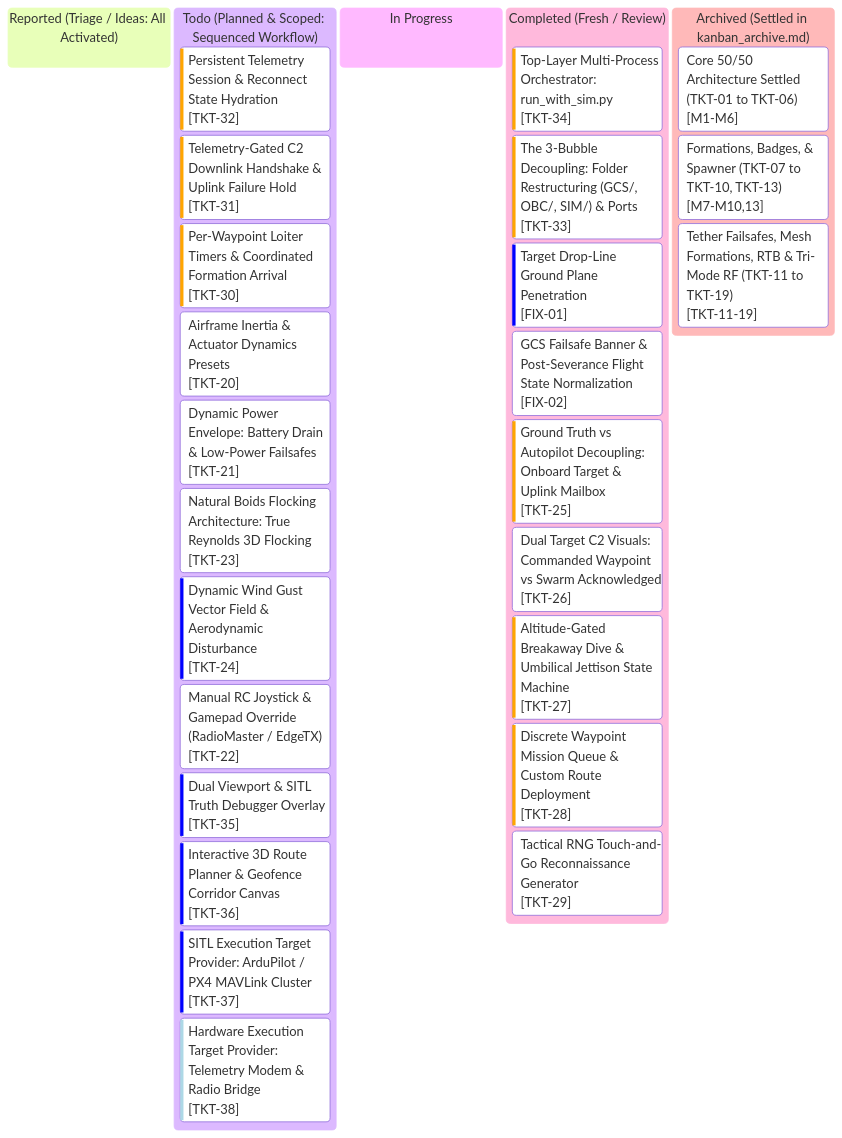
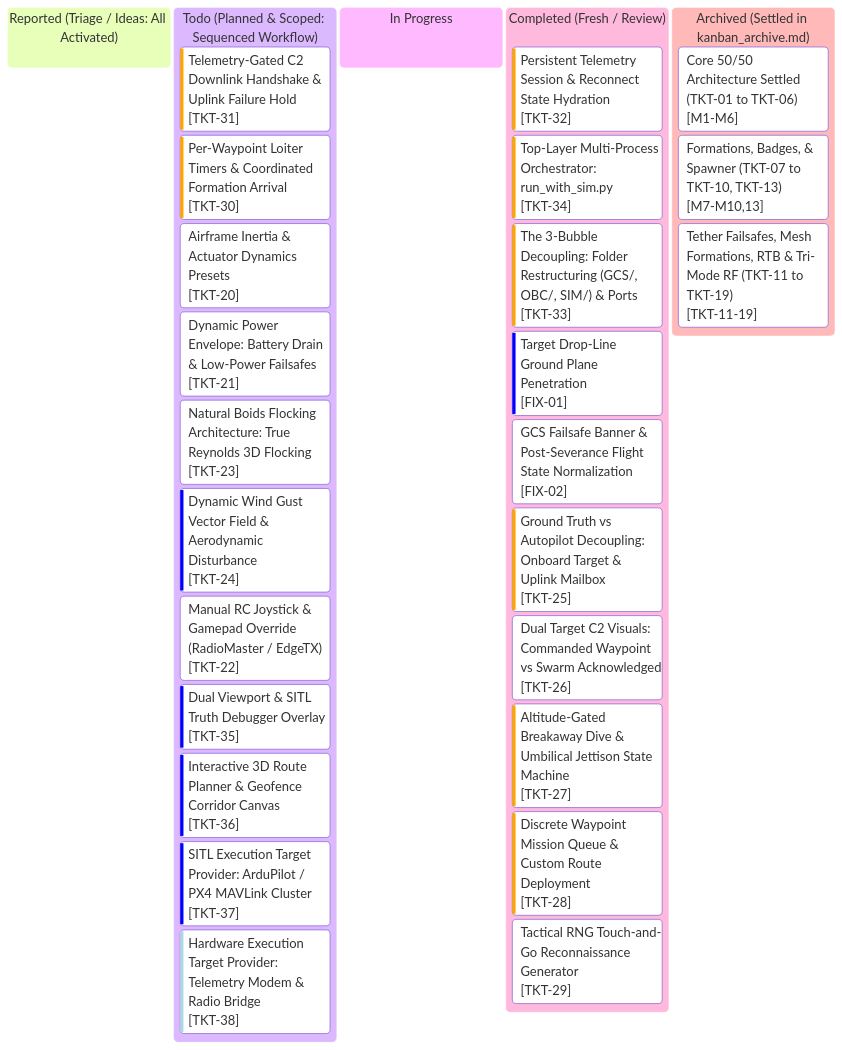
The diagram in kanban.md (AlitheiaDeus/SwarmTech_v3-Uprising), drawn with Mermaid before and after one commit. The commit also changed other lines of this file and 10 other files, not shown here.

Commit message:
feat(gcs): persistent telemetry session and reconnect state hydration [TKT-32]

````diff
--- a/kanban.md
+++ b/kanban.md
@@ -10,52 +10,52 @@
 ```mermaid
 %%{init: {
   'theme': 'base',
   'themeVariables': {
     'primaryColor': '#0d2235',
     'primaryTextColor': '#d4f4ff',
     'primaryBorderColor': '#00f0ff',
     'lineColor': '#00f0ff',
     'background': '#061019',
     'mainBkg': '#0a1926',
     'secondaryColor': '#081420',
     'secondaryTextColor': '#5a7e96',
     'secondaryBorderColor': '#134e6f',
     'tertiaryColor': '#0e263d',
     'tertiaryTextColor': '#00ffaa',
     'tertiaryBorderColor': '#00ffaa',
     'clusterBkg': '#081420',
     'clusterBorder': '#134e6f',
     'fontFamily': "'JetBrains Mono', 'Courier New', monospace"
   }
 }}%%
 kanban
   reported["Reported (Triage / Ideas: All Activated)"]
   todo["Todo (Planned & Scoped: Sequenced Workflow)"]
-    tkt32["Persistent Telemetry Session & Reconnect State Hydration"]@{ ticket: '[TKT-32]', priority: 'High' }
     tkt31["Telemetry-Gated C2 Downlink Handshake & Uplink Failure Hold"]@{ ticket: '[TKT-31]', priority: 'High' }
     tkt30["Per-Waypoint Loiter Timers & Coordinated Formation Arrival"]@{ ticket: '[TKT-30]', priority: 'High' }
     tkt20["Airframe Inertia & Actuator Dynamics Presets"]@{ ticket: '[TKT-20]', priority: 'Medium' }
     tkt21["Dynamic Power Envelope: Battery Drain & Low-Power Failsafes"]@{ ticket: '[TKT-21]', priority: 'Medium' }
     tkt23["Natural Boids Flocking Architecture: True Reynolds 3D Flocking"]@{ ticket: '[TKT-23]', priority: 'Medium' }
     tkt24["Dynamic Wind Gust Vector Field & Aerodynamic Disturbance"]@{ ticket: '[TKT-24]', priority: 'Low' }
     tkt22["Manual RC Joystick & Gamepad Override (RadioMaster / EdgeTX)"]@{ ticket: '[TKT-22]', priority: 'Medium' }
     tkt35["Dual Viewport & SITL Truth Debugger Overlay"]@{ ticket: '[TKT-35]', priority: 'Low' }
     tkt36["Interactive 3D Route Planner & Geofence Corridor Canvas"]@{ ticket: '[TKT-36]', priority: 'Low' }
     tkt37["SITL Execution Target Provider: ArduPilot / PX4 MAVLink Cluster"]@{ ticket: '[TKT-37]', priority: 'Low' }
     tkt38["Hardware Execution Target Provider: Telemetry Modem & Radio Bridge"]@{ ticket: '[TKT-38]', priority: 'Very Low' }
   in_progress["In Progress"]
   completed["Completed (Fresh / Review)"]
+    tkt32["Persistent Telemetry Session & Reconnect State Hydration"]@{ ticket: '[TKT-32]', priority: 'High' }
     tkt34["Top-Layer Multi-Process Orchestrator: run_with_sim.py"]@{ ticket: '[TKT-34]', priority: 'High' }
     tkt33["The 3-Bubble Decoupling: Folder Restructuring (GCS/, OBC/, SIM/) & Ports"]@{ ticket: '[TKT-33]', priority: 'High' }
     fix01["Target Drop-Line Ground Plane Penetration"]@{ ticket: '[FIX-01]', priority: 'Low' }
     fix02["GCS Failsafe Banner & Post-Severance Flight State Normalization"]@{ ticket: '[FIX-02]', priority: 'Medium' }
     tkt25["Ground Truth vs Autopilot Decoupling: Onboard Target & Uplink Mailbox"]@{ ticket: '[TKT-25]', priority: 'High' }
     tkt26["Dual Target C2 Visuals: Commanded Waypoint vs Swarm Acknowledged"]@{ ticket: '[TKT-26]', priority: 'Medium' }
     tkt27["Altitude-Gated Breakaway Dive & Umbilical Jettison State Machine"]@{ ticket: '[TKT-27]', priority: 'High' }
     tkt28["Discrete Waypoint Mission Queue & Custom Route Deployment"]@{ ticket: '[TKT-28]', priority: 'High' }
     tkt29["Tactical RNG Touch-and-Go Reconnaissance Generator"]@{ ticket: '[TKT-29]', priority: 'Medium' }
   archived["Archived (Settled in kanban_archive.md)"]
     arch_m1_6["Core 50/50 Architecture Settled (TKT-01 to TKT-06)"]@{ ticket: '[M1-M6]' }
     arch_m7_10_13["Formations, Badges, & Spawner (TKT-07 to TKT-10, TKT-13)"]@{ ticket: '[M7-M10,13]' }
     arch_m11_19["Tether Failsafes, Mesh Formations, RTB & Tri-Mode RF (TKT-11 to TKT-19)"]@{ ticket: '[TKT-11-19]' }
 ```
````
